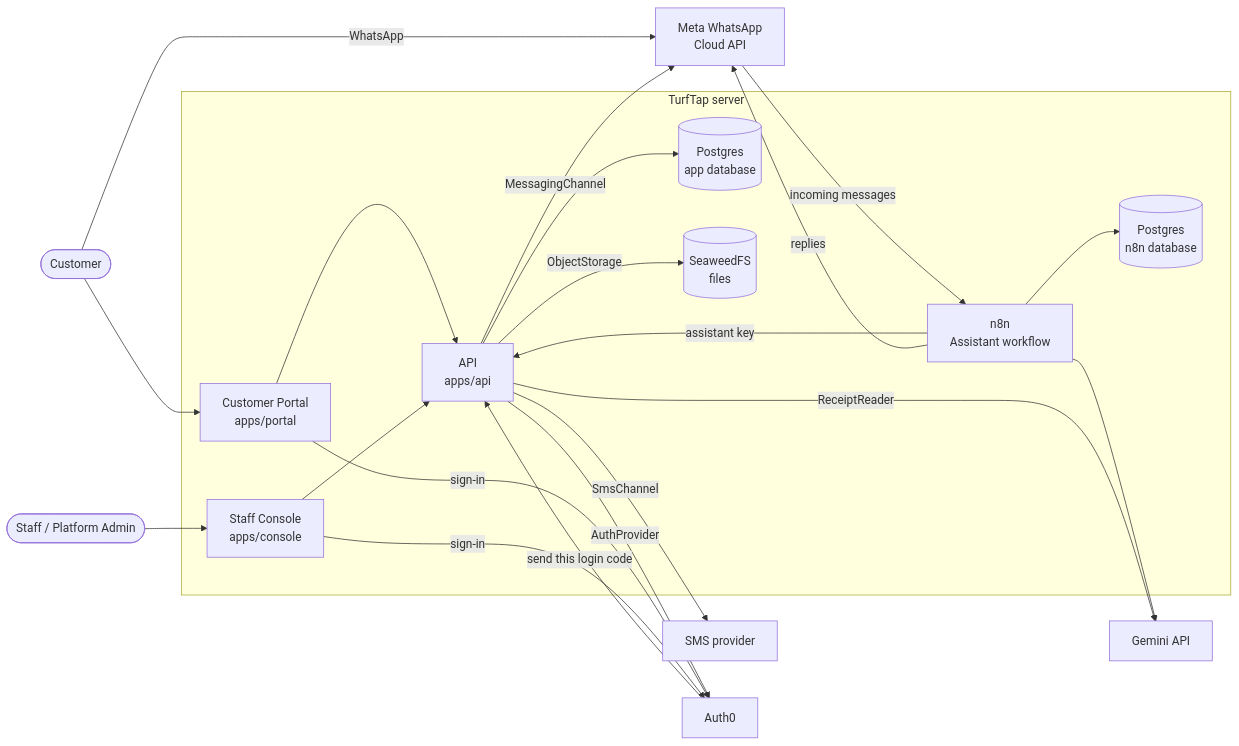
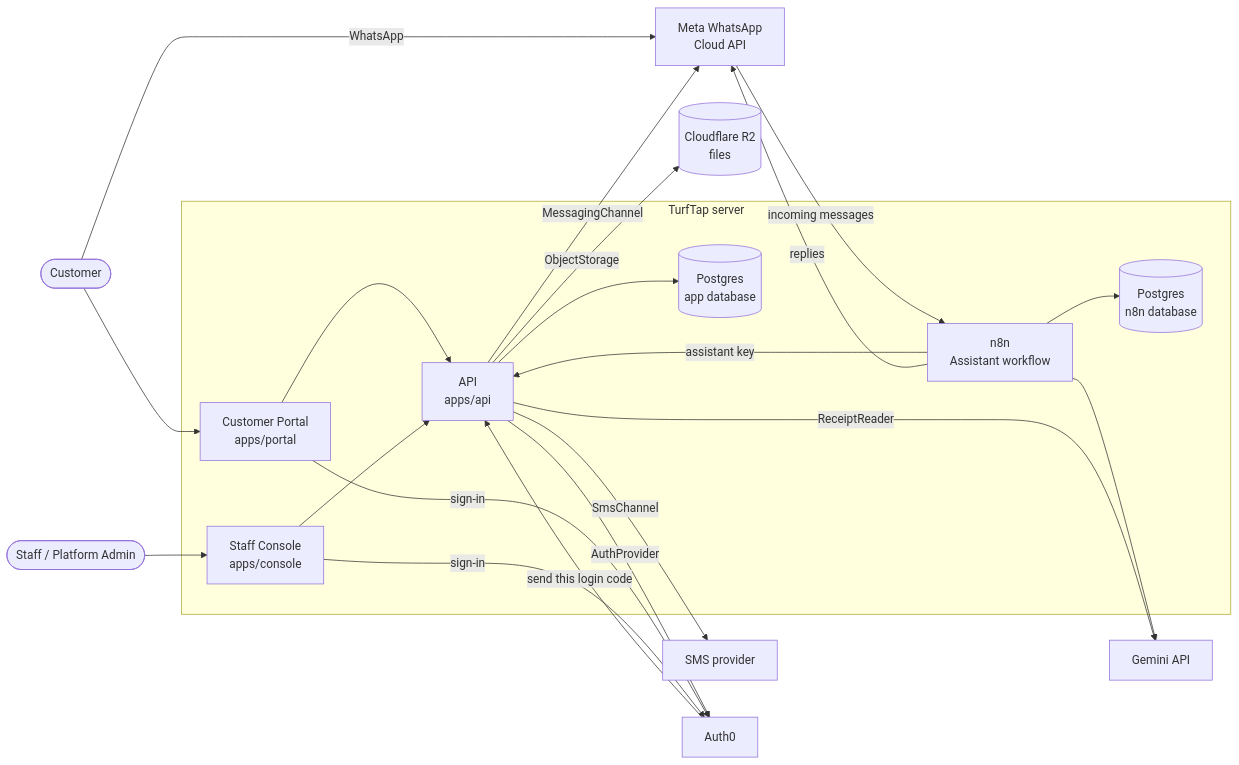
The diagram in docs/architecture/README.md (Nasrullaunais/Merivo-Turftap), drawn with Mermaid before and after one commit. The commit also changed 62 other files, not shown here.

````diff
--- a/docs/architecture/README.md
+++ b/docs/architecture/README.md
@@ -7,40 +7,40 @@
 ```mermaid
 flowchart LR
   customer([Customer])
   staff([Staff / Platform Admin])
 
   subgraph turftap[TurfTap server]
     portal[Customer Portal<br/>apps/portal]
     console[Staff Console<br/>apps/console]
     api[API<br/>apps/api]
     n8n[n8n<br/>Assistant workflow]
     pg[(Postgres<br/>app database)]
     n8ndb[(Postgres<br/>n8n database)]
-    seaweed[(SeaweedFS<br/>files)]
   end
 
+  r2[(Cloudflare R2<br/>files)]
   meta[Meta WhatsApp<br/>Cloud API]
   sms[SMS provider]
   auth0[Auth0]
   gemini[Gemini API]
 
   customer --> portal
   customer -- WhatsApp --> meta
   staff --> console
   portal --> api
   console --> api
   meta -- incoming messages --> n8n
   n8n -- assistant key --> api
   n8n --> n8ndb
   n8n -- replies --> meta
   n8n --> gemini
   api --> pg
-  api -- ObjectStorage --> seaweed
+  api -- ObjectStorage --> r2
   api -- MessagingChannel --> meta
   api -- SmsChannel --> sms
   api -- ReceiptReader --> gemini
   api -- AuthProvider --> auth0
   auth0 -- "send this login code" --> api
   portal -- sign-in --> auth0
   console -- sign-in --> auth0
 ```
````
